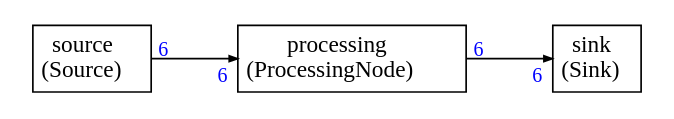
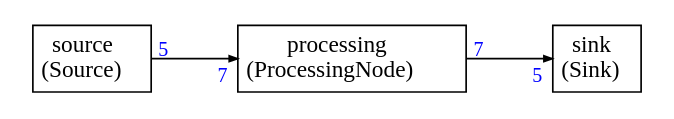
One commit to ARM-software/CMSIS-Stream changed the diagram in Examples/runtime_mode/pre_schedule_runtime_mode.dot. Above: the diagram before and after it, drawn with Graphviz. The commit also changed 7 other files, not shown here.

```diff
--- a/Examples/runtime_mode/pre_schedule_runtime_mode.dot
+++ b/Examples/runtime_mode/pre_schedule_runtime_mode.dot
@@ -1,49 +1,49 @@
 
 
 
 
 digraph structs {
     bgcolor = "white"
     node [shape=plaintext,color="black",fontcolor="black",fontname="Times-Roman"]
     rankdir=LR
     edge [arrowsize="0.5",color="black",fontcolor="black",fontname="Times-Roman"]
 
 
 
 source [label=<
 <TABLE color="black" bgcolor="none" BORDER="0" CELLBORDER="1" CELLSPACING="0" CELLPADDING="4">
   <TR>
     <TD ALIGN="CENTER" PORT="i"><FONT COLOR="black" POINT-SIZE="14.0">source<BR/>(Source)</FONT></TD>
   </TR>
 </TABLE>>];
 
 processing [label=<
 <TABLE color="black" bgcolor="none" BORDER="0" CELLBORDER="1" CELLSPACING="0" CELLPADDING="4">
   <TR>
     <TD ALIGN="CENTER" PORT="i"><FONT COLOR="black" POINT-SIZE="14.0">processing<BR/>(ProcessingNode)</FONT></TD>
   </TR>
 </TABLE>>];
 
 sink [label=<
 <TABLE color="black" bgcolor="none" BORDER="0" CELLBORDER="1" CELLSPACING="0" CELLPADDING="4">
   <TR>
     <TD ALIGN="CENTER" PORT="i"><FONT COLOR="black" POINT-SIZE="14.0">sink<BR/>(Sink)</FONT></TD>
   </TR>
 </TABLE>>];
 
 
 
 source:i -> processing:i [style="solid",color="black",label=""
-,headlabel=<<TABLE BORDER="0" CELLPADDING="2"><TR><TD><FONT COLOR="blue" POINT-SIZE="12.0" >6</FONT>
+,headlabel=<<TABLE BORDER="0" CELLPADDING="2"><TR><TD><FONT COLOR="blue" POINT-SIZE="12.0" >7</FONT>
 </TD></TR></TABLE>>
-,taillabel=<<TABLE BORDER="0" CELLPADDING="2"><TR><TD><FONT COLOR="blue" POINT-SIZE="12.0" >6</FONT>
+,taillabel=<<TABLE BORDER="0" CELLPADDING="2"><TR><TD><FONT COLOR="blue" POINT-SIZE="12.0" >5</FONT>
 </TD></TR></TABLE>>]
 
 processing:i -> sink:i [style="solid",color="black",label=""
-,headlabel=<<TABLE BORDER="0" CELLPADDING="2"><TR><TD><FONT COLOR="blue" POINT-SIZE="12.0" >6</FONT>
+,headlabel=<<TABLE BORDER="0" CELLPADDING="2"><TR><TD><FONT COLOR="blue" POINT-SIZE="12.0" >5</FONT>
 </TD></TR></TABLE>>
-,taillabel=<<TABLE BORDER="0" CELLPADDING="2"><TR><TD><FONT COLOR="blue" POINT-SIZE="12.0" >6</FONT>
+,taillabel=<<TABLE BORDER="0" CELLPADDING="2"><TR><TD><FONT COLOR="blue" POINT-SIZE="12.0" >7</FONT>
 </TD></TR></TABLE>>]
 
 
 }
```
